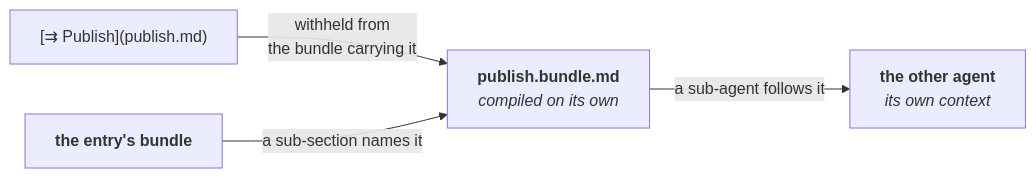
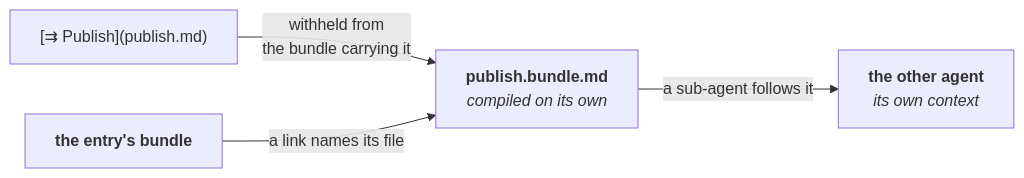
One commit to m2ux/prosiform changed the eighth of 11 diagrams in docs/architecture.md. Above: the diagram before and after it, drawn with Mermaid. The commit also changed other lines of this file and 17 other files, not shown here.

````diff
--- a/docs/architecture.md
+++ b/docs/architecture.md
@@ -133,6 +133,6 @@
 ```mermaid
 flowchart LR
   Link["[⇉ Publish](publish.md)"] -- "withheld from<br/>the bundle carrying it" --> Target["<b>publish.bundle.md</b><br/><i>compiled on its own</i>"]
-  Entry["<b>the entry's bundle</b>"] -- "a sub-section names it" --> Target
+  Entry["<b>the entry's bundle</b>"] -- "a link names its file" --> Target
   Target -- "a sub-agent follows it" --> Agent["<b>the other agent</b><br/><i>its own context</i>"]
 ```
````
